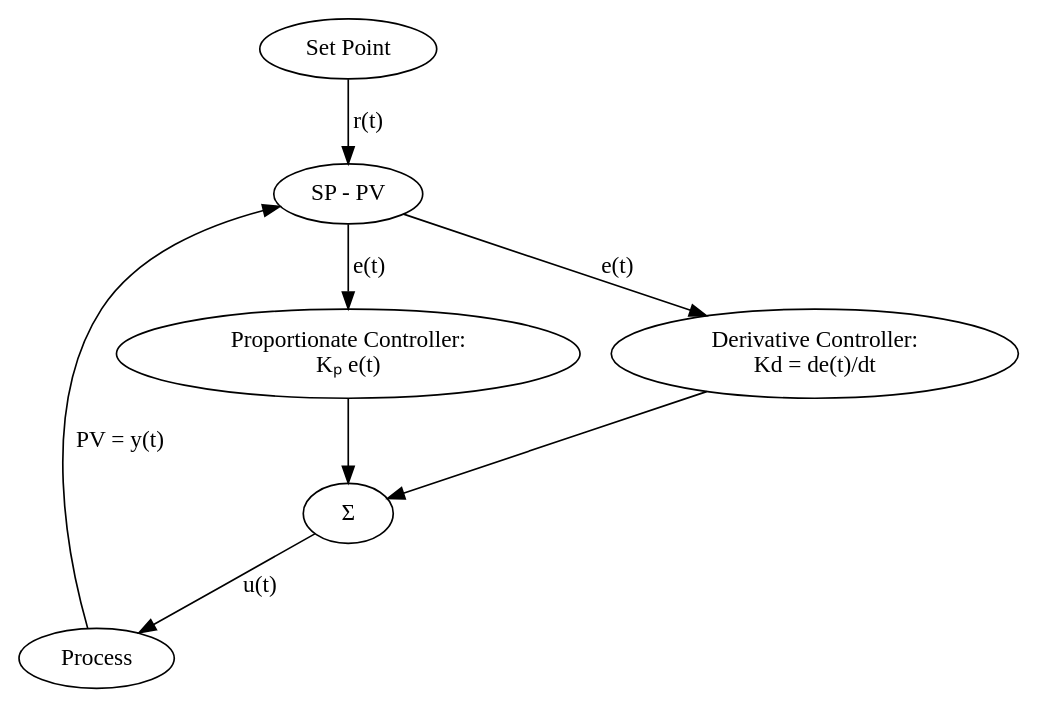
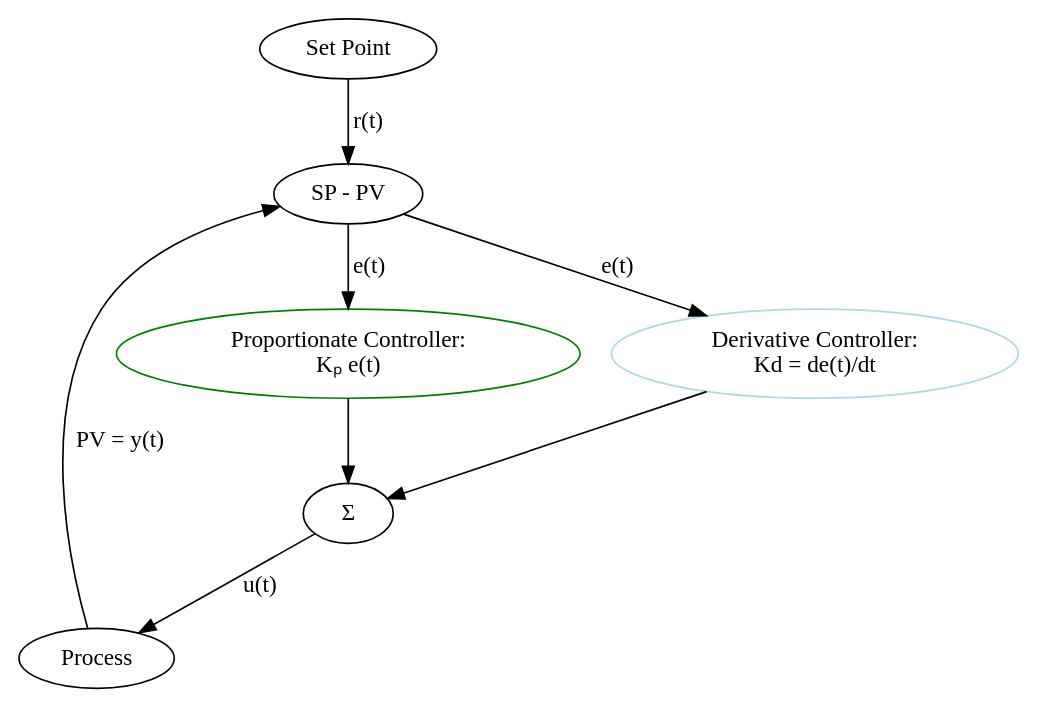
Before and after one commit to brain-fuel-co/feedback: the diagram in pid-dotfiles/pd-controller.dot, drawn with Graphviz. The commit also changed 11 other files, not shown here.

```diff
--- a/pid-dotfiles/pd-controller.dot
+++ b/pid-dotfiles/pd-controller.dot
@@ -1,16 +1,16 @@
 digraph PD {
     SP [label="Set Point"];
     PR [label="Process"];
     S1 [label="SP - PV"];
-    P  [label="Proportionate Controller:\nKₚ e(t)"];
-    D  [label="Derivative Controller:\nKd = de(t)/dt"];
+    P  [color=green,label="Proportionate Controller:\nKₚ e(t)"];
+    D  [color=lightblue,label="Derivative Controller:\nKd = de(t)/dt"];
     S2 [label="Σ"];
 
     SP -> S1 [label="r(t)"];
     PR -> S1 [label="PV = y(t)"];
     S1 -> P  [label="e(t)"];
     S1 -> D  [label="e(t)"];
     P  -> S2;
     D  -> S2;
     S2 -> PR [label="u(t)"];
 }
```
